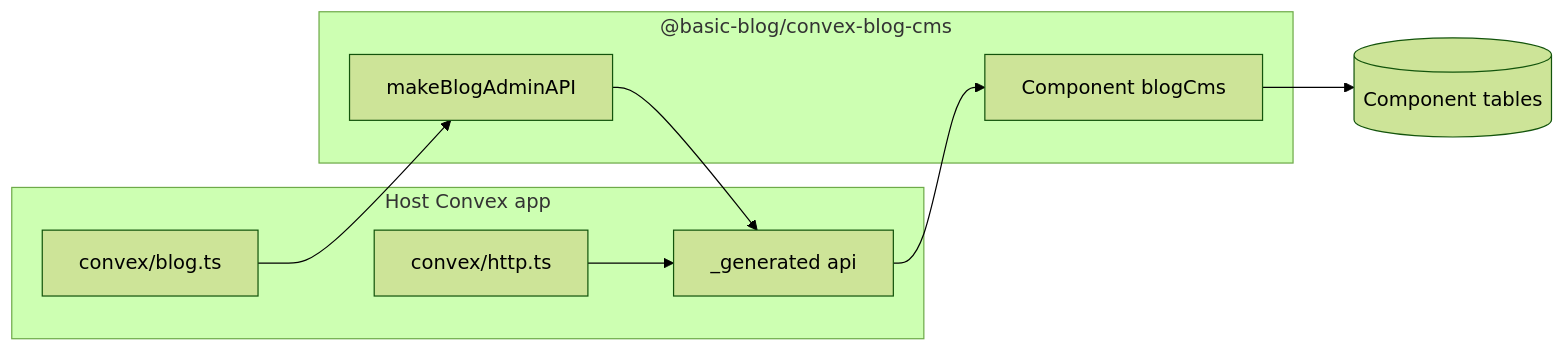
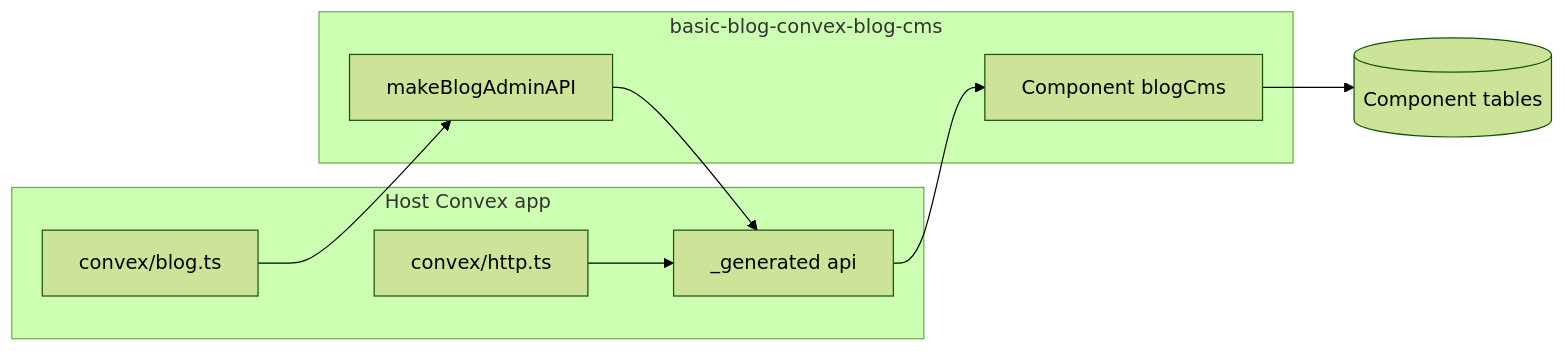
The diagram in docs/SETUP.md (daocodotorg/basic-blog), drawn with Mermaid (forest theme) before and after one commit. The commit also changed other lines of this file and 92 other files, not shown here.

````diff
--- a/docs/SETUP.md
+++ b/docs/SETUP.md
@@ -178,17 +178,17 @@
 ```mermaid
 flowchart LR
   subgraph host [Host Convex app]
     BlogTs[convex/blog.ts]
     HttpTs[convex/http.ts]
     Gen[_generated api]
   end
-  subgraph pkg ["@basic-blog/convex-blog-cms"]
+  subgraph pkg ["basic-blog-convex-blog-cms"]
     MakeAPI[makeBlogAdminAPI]
     Comp[Component blogCms]
   end
   BlogTs --> MakeAPI
   MakeAPI --> Gen
   Gen --> Comp
   HttpTs --> Gen
   Comp --> Db[(Component tables)]
 ```
````
